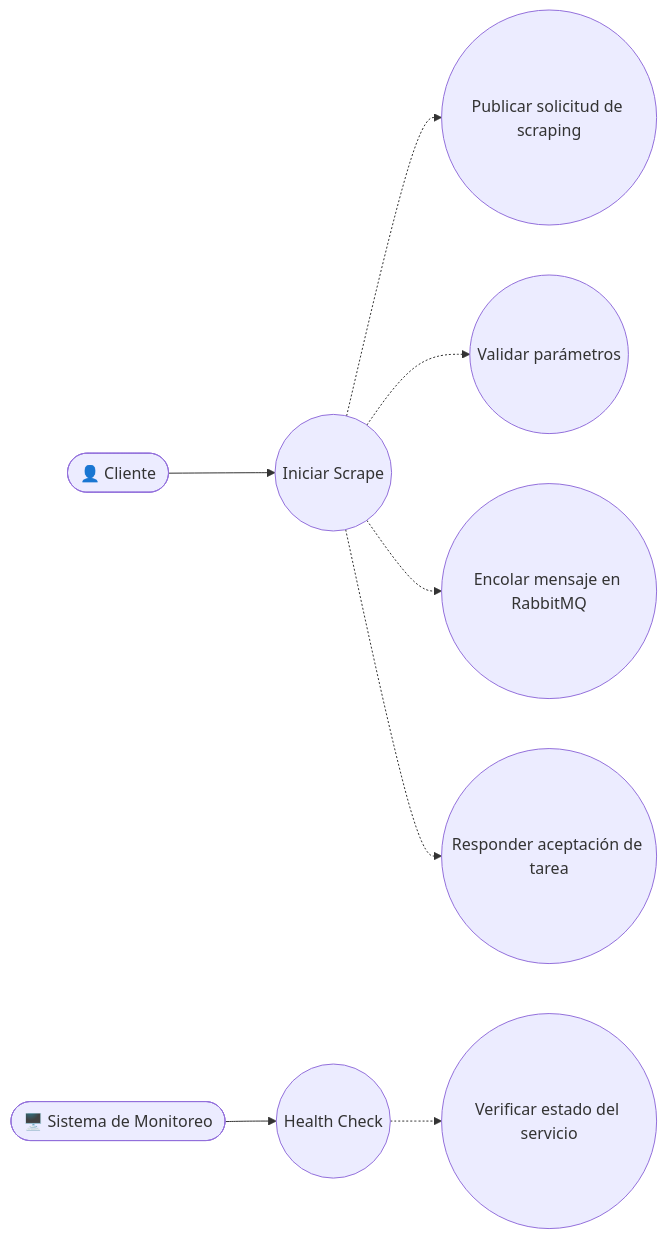
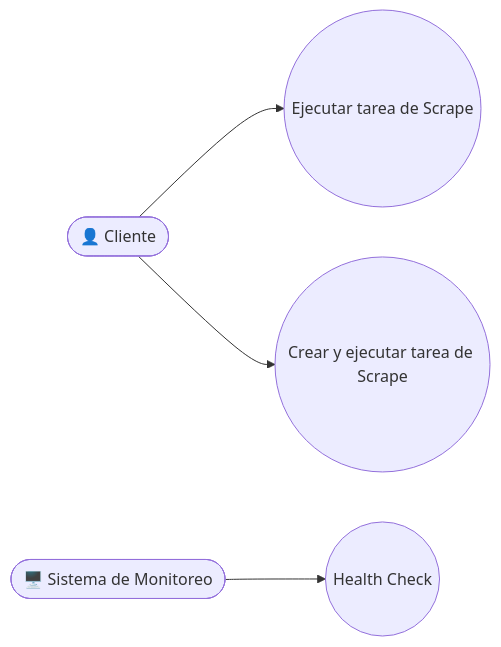
One commit to fermanlive/test-scrap changed the first of 2 diagrams in README.md. Above: the diagram before and after it, drawn with Mermaid. The commit also changed other lines of this file and 1 other file, not shown here.

````diff
--- a/README.md
+++ b/README.md
@@ -33,29 +55,16 @@
 ```mermaid
 graph LR
-    %% Definición de actores como nodos
+    %% Actores
     Cliente([👤 Cliente])
     Monitor([🖥️ Sistema de Monitoreo])
 
-    %% Casos de uso como óvalos
-    UC_Scrape(("Iniciar Scrape"))
+    %% Casos de uso
+    UC_Ejecutar(("Ejecutar tarea de Scrape"))
+    UC_CrearEjecutar(("Crear y ejecutar tarea de Scrape"))
     UC_Health(("Health Check"))
 
-    UC_Publicar(("Publicar solicitud de scraping"))
-    UC_Validar(("Validar parámetros"))
-    UC_Encolar(("Encolar mensaje en RabbitMQ"))
-    UC_Responder(("Responder aceptación de tarea"))
-    UC_Verificar(("Verificar estado del servicio"))
-
-    %% Relaciones de actores con casos de uso principales
-    Cliente --> UC_Scrape
+    %% Relaciones
+    Cliente --> UC_Ejecutar
+    Cliente --> UC_CrearEjecutar
     Monitor --> UC_Health
-
-    %% Relaciones include (simuladas con flechas punteadas)
-    UC_Scrape -.-> UC_Publicar
-    UC_Scrape -.-> UC_Validar
-    UC_Scrape -.-> UC_Encolar
-    UC_Scrape -.-> UC_Responder
-
-    UC_Health -.-> UC_Verificar
-
 ```
````
